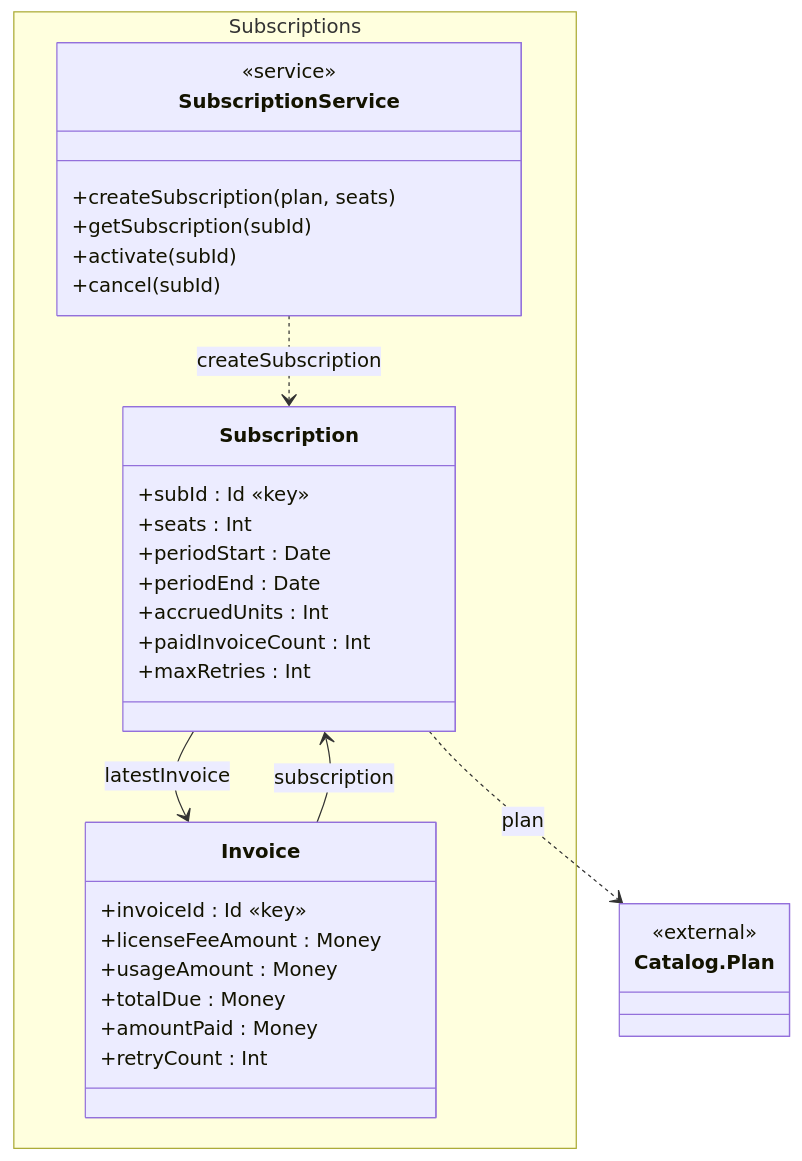
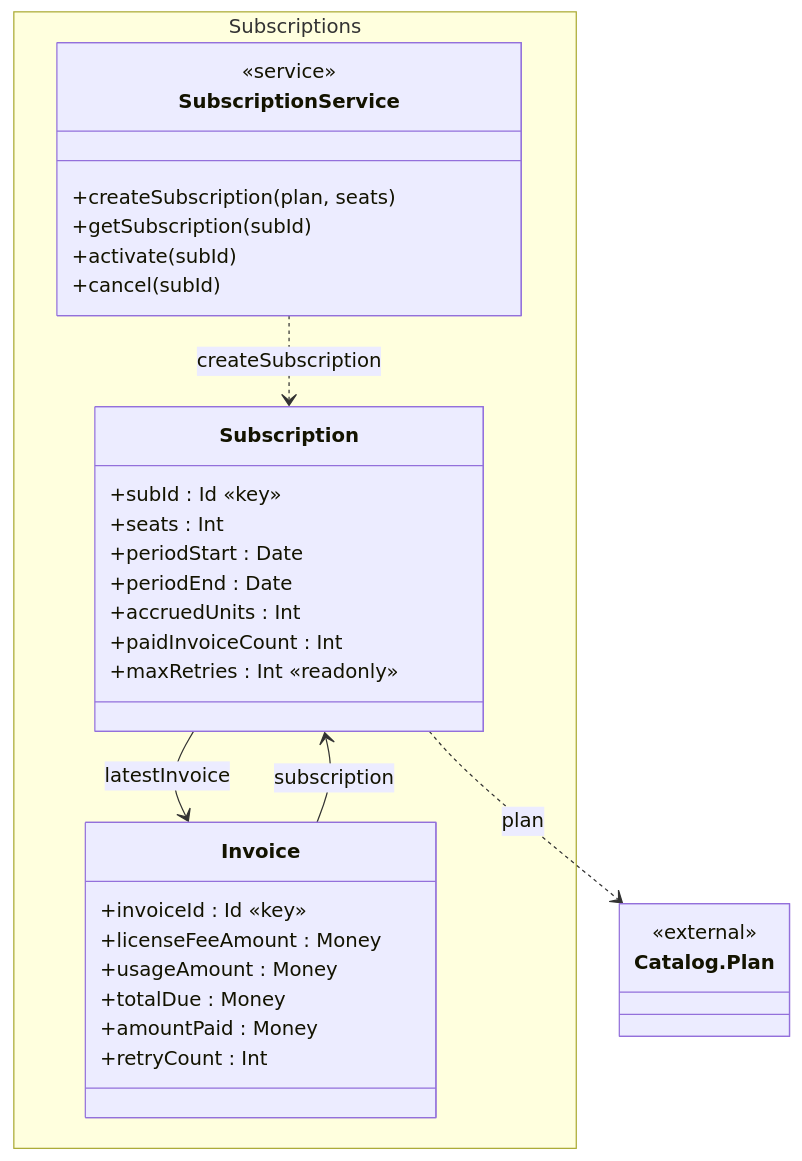
The first of 3 diagrams in specs/subscriptions/spec.diagrams.md (qooleot/lattice), drawn with Mermaid before and after one commit. The commit also changed 6 other files, not shown here.

Commit message:
feat: migrate committed spec to const (plan, maxRetries, Invoice.subscription) + regenerate package + docs

````diff
--- a/specs/subscriptions/spec.diagrams.md
+++ b/specs/subscriptions/spec.diagrams.md
@@ -9,36 +9,36 @@
 ```mermaid
 classDiagram
   namespace Subscriptions {
     class Subscription {
       +subId : Id «key»
       +seats : Int
       +periodStart : Date
       +periodEnd : Date
       +accruedUnits : Int
       +paidInvoiceCount : Int
-      +maxRetries : Int
+      +maxRetries : Int «readonly»
     }
     class Invoice {
       +invoiceId : Id «key»
       +licenseFeeAmount : Money
       +usageAmount : Money
       +totalDue : Money
       +amountPaid : Money
       +retryCount : Int
     }
     class SubscriptionService {
       <<service>>
       +createSubscription(plan, seats)
       +getSubscription(subId)
       +activate(subId)
       +cancel(subId)
     }
   }
   class Catalog_Plan["Catalog.Plan"] {
     <<external>>
   }
   Subscription --> Invoice : latestInvoice
   Invoice --> Subscription : subscription
   SubscriptionService ..> Subscription : createSubscription
   Subscription ..> Catalog_Plan : plan
 ```
````
